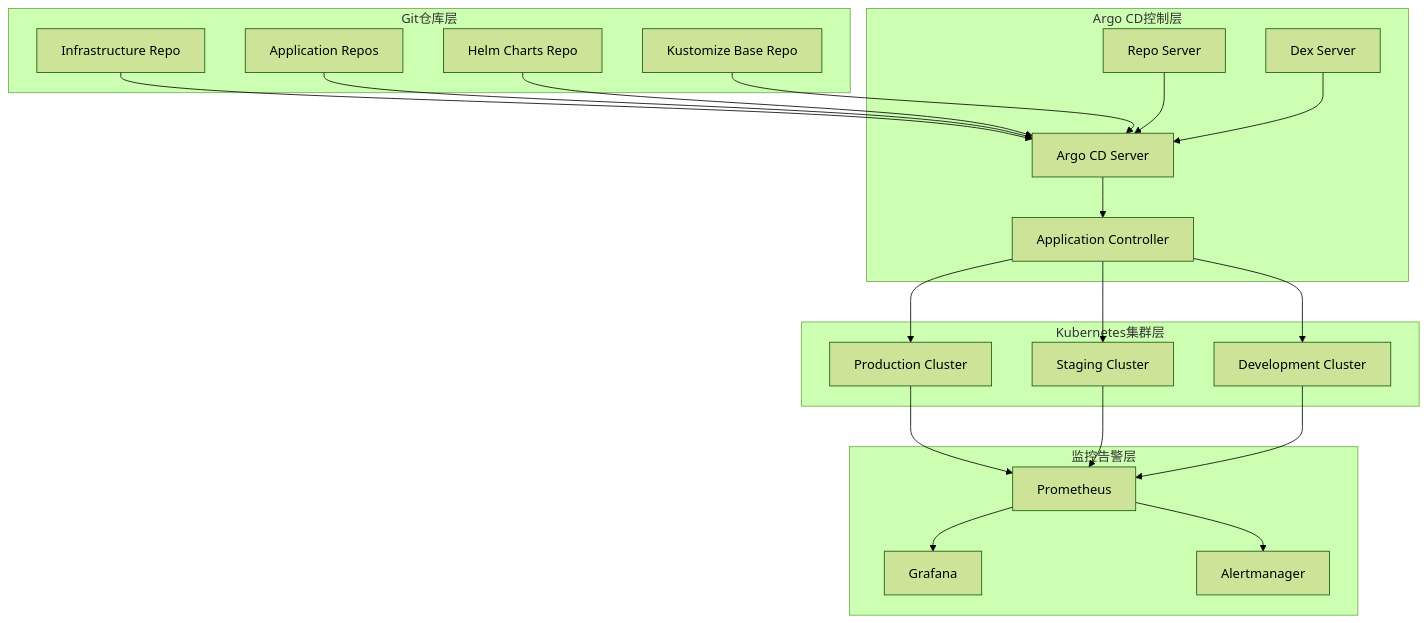
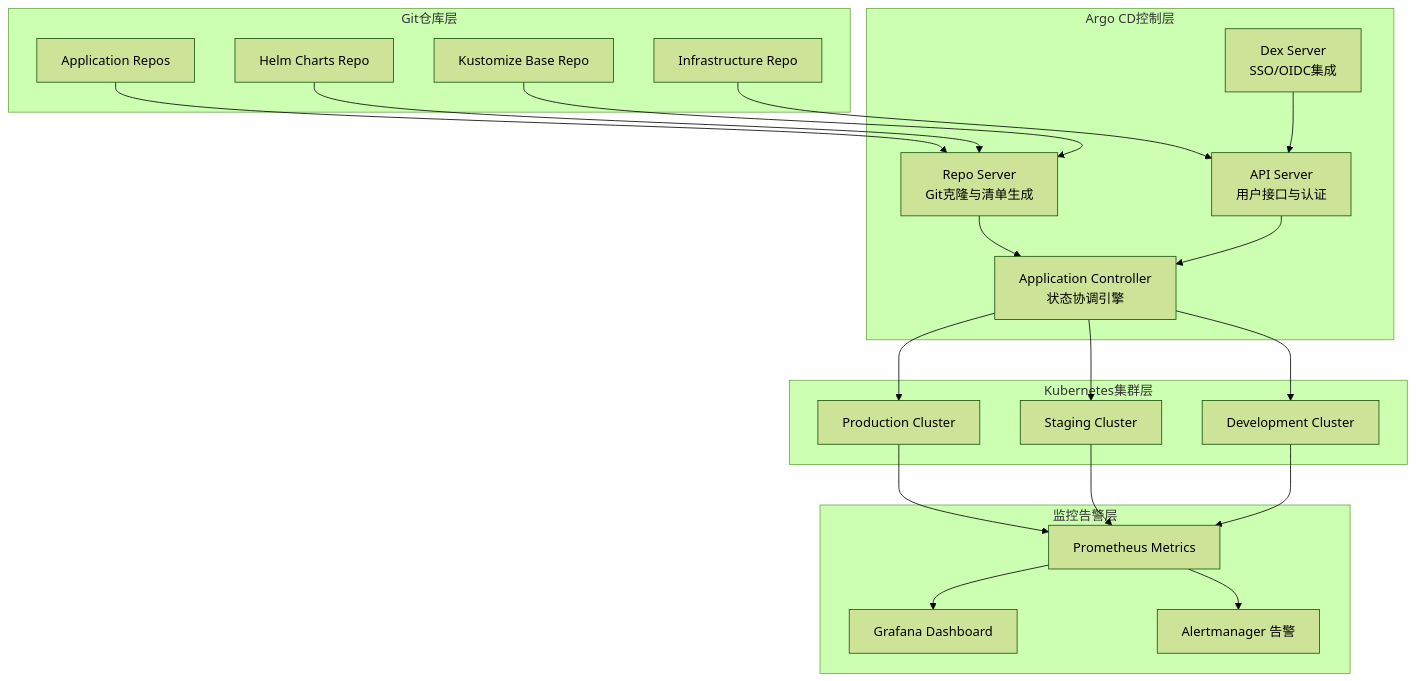
One commit to kudig-io/kudig-database changed the first of 2 diagrams in domain-23-gitops-ci-cd/01-argo-cd-enterprise-gitops.md. Above: the diagram before and after it, drawn with Mermaid (forest theme). The commit also changed other lines of this file and 8633 other files, not shown here.

````diff
--- a/domain-23-gitops-ci-cd/01-argo-cd-enterprise-gitops.md
+++ b/domain-23-gitops-ci-cd/01-argo-cd-enterprise-gitops.md
@@ -14,44 +85,44 @@
 ```mermaid
 graph TB
     subgraph "Git仓库层"
-        A[Infrastructure Repo]
+        A[Infrastructure Repo] 
         B[Application Repos]
         C[Helm Charts Repo]
         D[Kustomize Base Repo]
     end
-    
+
     subgraph "Argo CD控制层"
-        E[Argo CD Server]
-        F[Application Controller]
-        F1[Repo Server]
-        F2[Dex Server]
+        E[API Server<br/>用户接口与认证]
+        F[Application Controller<br/>状态协调引擎]
+        F1[Repo Server<br/>Git克隆与清单生成]
+        F2[Dex Server<br/>SSO/OIDC集成]
     end
-    
+
     subgraph "Kubernetes集群层"
         G[Production Cluster]
         H[Staging Cluster]
         I[Development Cluster]
     end
-    
+
     subgraph "监控告警层"
-        J[Prometheus]
-        K[Grafana]
-        L[Alertmanager]
+        J[Prometheus Metrics]
+        K[Grafana Dashboard]
+        L[Alertmanager 告警]
     end
-    
+
     A --> E
-    B --> E
-    C --> E
-    D --> E
+    B --> F1
+    C --> F1
+    D --> F1
+    F1 --> F
     E --> F
+    F2 --> E
     F --> G
     F --> H
     F --> I
-    F1 --> E
-    F2 --> E
     G --> J
     H --> J
     I --> J
     J --> K
     J --> L
 ```
````
